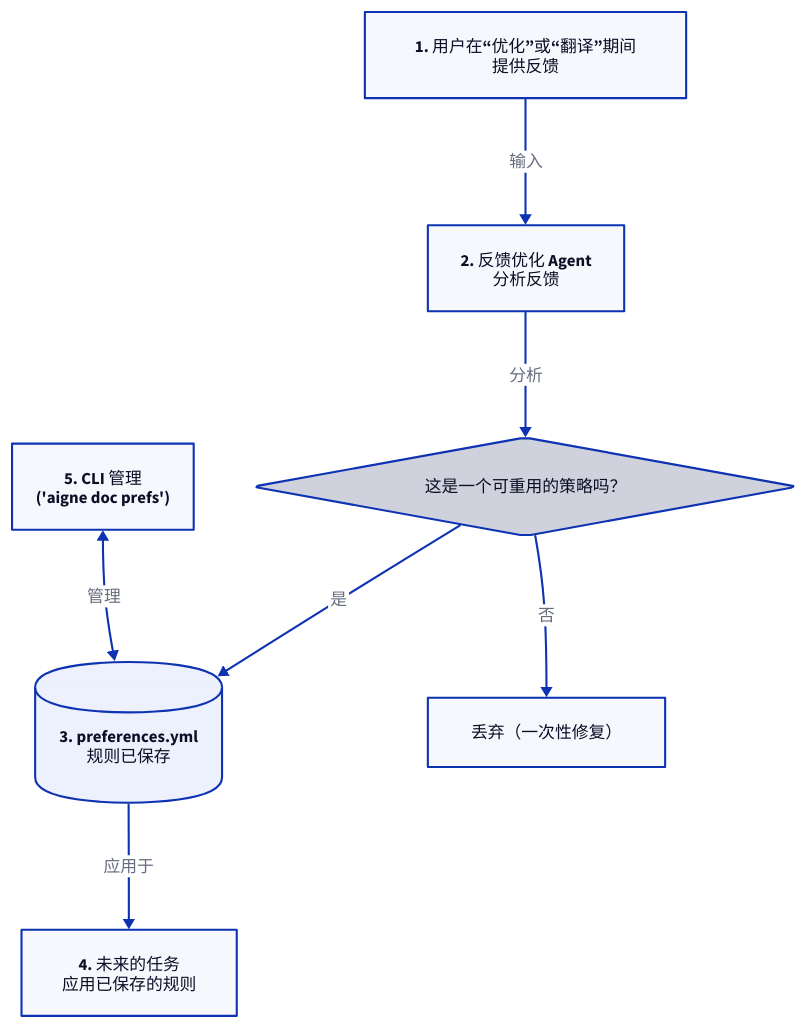
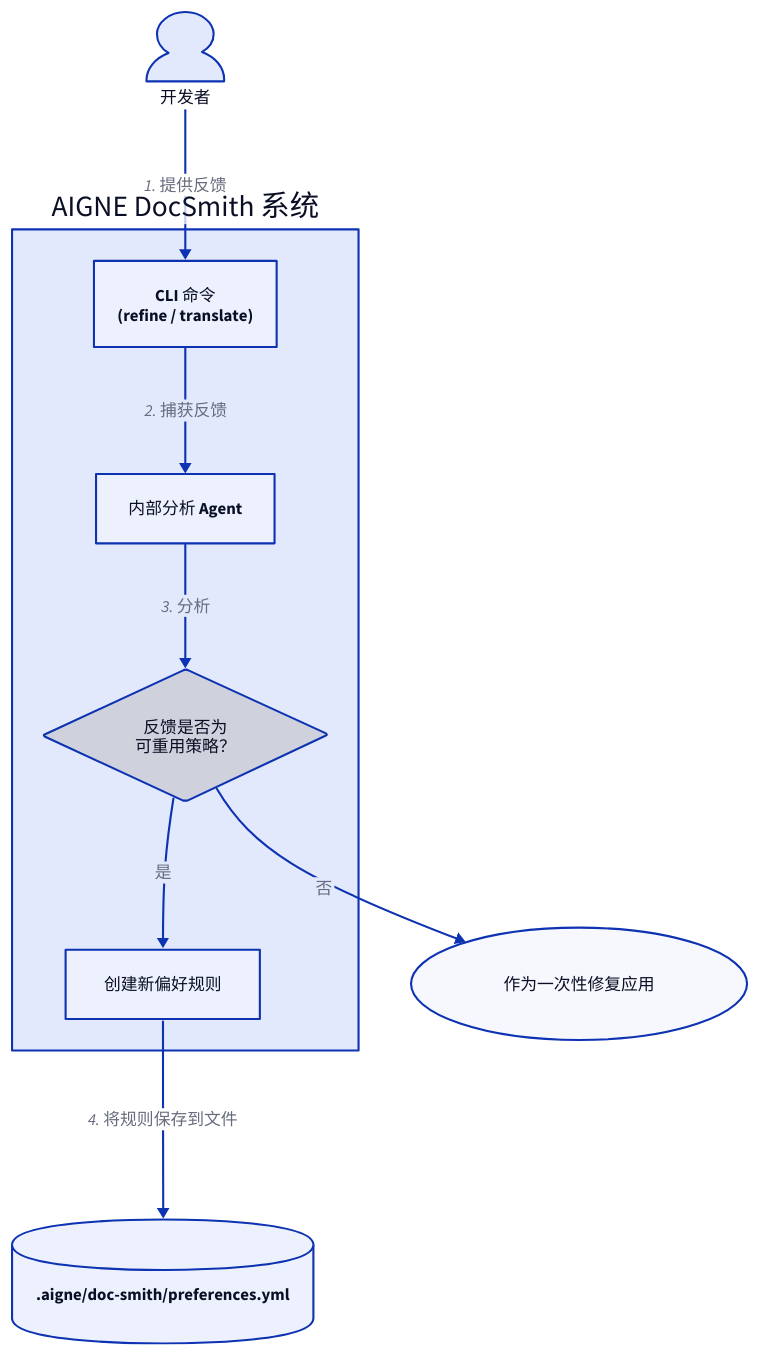
The diagram in docs/configuration-preferences.zh.md (AIGNE-io/aigne-doc-smith), drawn with D2 before and after one commit. The commit also changed other lines of this file and 84 other files, not shown here.

````diff
--- a/docs/configuration-preferences.zh.md
+++ b/docs/configuration-preferences.zh.md
@@ -9,41 +9,50 @@
 ```d2 偏好设置的生命周期
 direction: down
 
-feedback: {
-  label: "1. 用户在“优化”或“翻译”期间\n提供反馈"
-  shape: rectangle
+developer: {
+  label: "开发者"
+  shape: person
 }
 
-refiner: {
-  label: "2. 反馈优化 Agent\n分析反馈"
+docsmith_system: {
+  label: "AIGNE DocSmith 系统"
   shape: rectangle
+
+  cli: {
+    label: "CLI 命令\n(refine / translate)"
+    shape: rectangle
+  }
+
+  agent: {
+    label: "内部分析 Agent"
+    shape: rectangle
+  }
+
+  decision: {
+    label: "反馈是否为\n可重用策略？"
+    shape: diamond
+  }
+
+  create_rule: {
+    label: "创建新偏好规则"
+    shape: rectangle
+  }
 }
 
-decision: {
-  label: "这是一个可重用的策略吗？"
-  shape: diamond
-}
-
-pref_file: {
-  label: "3. preferences.yml\n规则已保存"
+preferences_file: {
+  label: ".aigne/doc-smith/preferences.yml"
   shape: cylinder
 }
 
-future_tasks: {
-  label: "4. 未来的任务\n应用已保存的规则"
-  shape: rectangle
+one_time_fix: {
+  label: "作为一次性修复应用"
+  shape: oval
 }
 
-cli: {
-  label: "5. CLI 管理\n('aigne doc prefs')"
-  shape: rectangle
-}
-
-feedback -> refiner: "输入"
-refiner -> decision: "分析"
-decision -> pref_file: "是"
-decision -> "丢弃（一次性修复）": "否"
-pref_file -> future_tasks: "应用于"
-cli <-> pref_file: "管理"
-
+developer -> docsmith_system.cli: "1. 提供反馈"
+docsmith_system.cli -> docsmith_system.agent: "2. 捕获反馈"
+docsmith_system.agent -> docsmith_system.decision: "3. 分析"
+docsmith_system.decision -> docsmith_system.create_rule: "是"
+docsmith_system.create_rule -> preferences_file: "4. 将规则保存到文件"
+docsmith_system.decision -> one_time_fix: "否"
 ```
````
